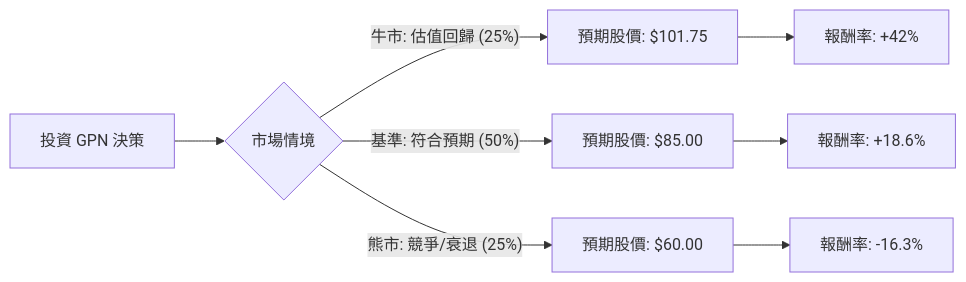
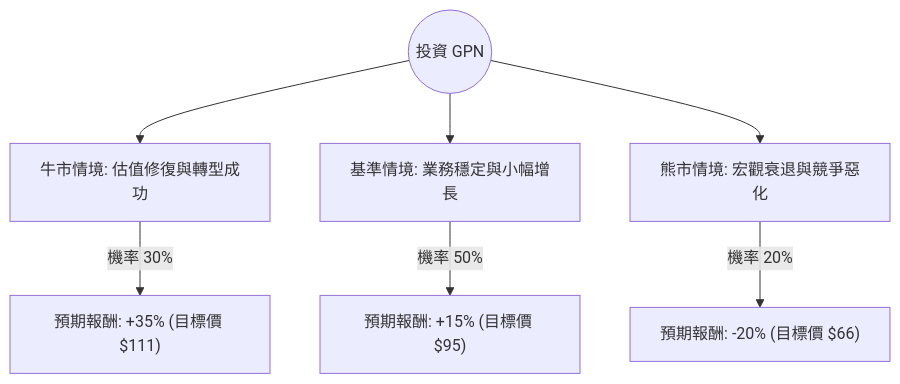
The diagram in plugin-react/ai-analysis/ev-analysis/GPN.md (zmcx16/zmcx16.github.io), drawn with Mermaid before and after one commit. The commit also changed other lines of this file and 80 other files, not shown here.

````diff
--- a/plugin-react/ai-analysis/ev-analysis/GPN.md
+++ b/plugin-react/ai-analysis/ev-analysis/GPN.md
@@ -20,13 +21,10 @@
 ```mermaid
-graph LR
-    A[投資 GPN 決策] --> B{市場情境}
-    
-    B -- 牛市: 估值回歸 (25%) --> C[預期股價: $101.75]
-    C --> C1[報酬率: +42%]
-    
-    B -- 基準: 符合預期 (50%) --> D[預期股價: $85.00]
-    D --> D1[報酬率: +18.6%]
-    
-    B -- 熊市: 競爭/衰退 (25%) --> E[預期股價: $60.00]
-    E --> E1[報酬率: -16.3%]
+graph TD
+    Start((投資 GPN)) --> Bull[牛市情境: 估值修復與轉型成功]
+    Start --> Base[基準情境: 業務穩定與小幅增長]
+    Start --> Bear[熊市情境: 宏觀衰退與競爭惡化]
+
+    Bull -- "機率 30%" --> BullResult["預期報酬: +35% (目標價 $111)"]
+    Base -- "機率 50%" --> BaseResult["預期報酬: +15% (目標價 $95)"]
+    Bear -- "機率 20%" --> BearResult["預期報酬: -20% (目標價 $66)"]
 ```
````
